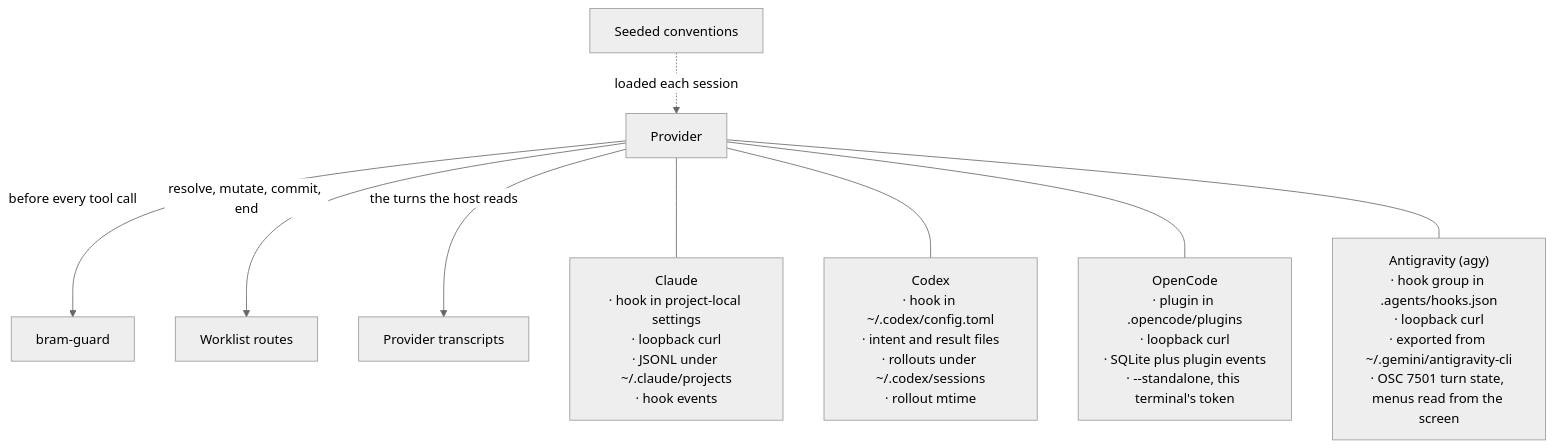
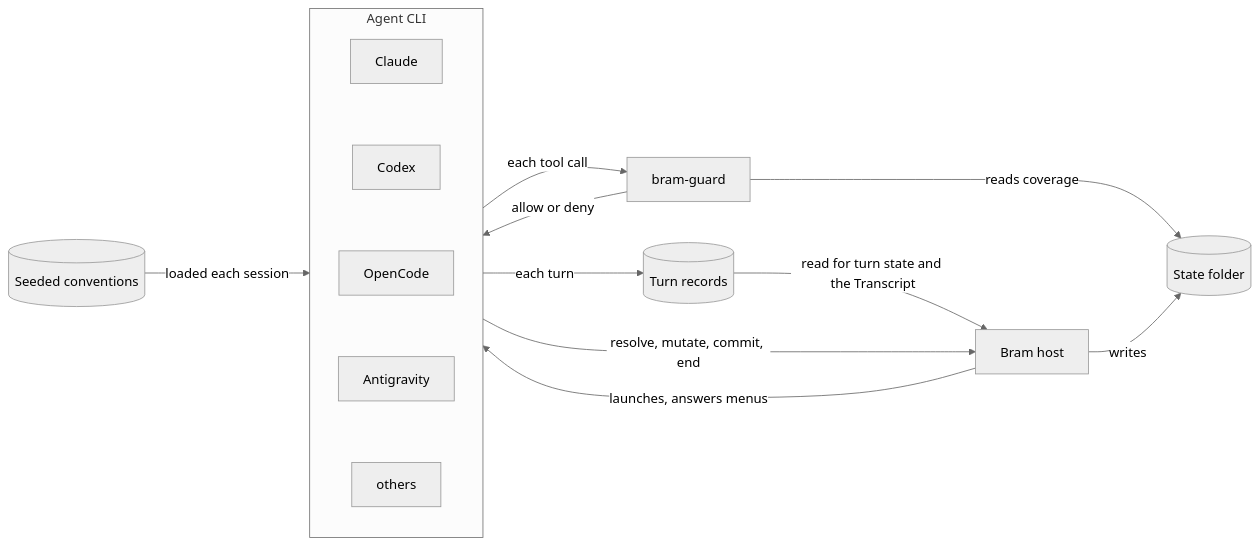
One commit to judell/bram changed the diagram in orientation/architecture/05-providers.mmd. Above: the diagram before and after it, drawn with Mermaid (neutral theme). The commit also changed 2 other files, not shown here.

Commit message:
Orientation site: the providers diagram is a data flow diagram
The providers diagram was a class picture whose multi-line provider
boxes were unreadable and whose remaining boxes and arrows said little.
It is now a data flow diagram: three processes (the Agent CLI, drawn as
a vertical container holding Claude, Codex, OpenCode, Antigravity and
"others"; bram-guard; the Bram host), three stores (seeded conventions,
turn records, the state folder) and nine flows. The four providers
differ only in the channel each flow uses, and each flow's detail lists
the four channels. The note is Jon's: "A provider wraps an agentic CLI.
Each wrapped CLI is influenced by the same set of soft conventions and
hard enforcement."

The detail file was re-keyed to the nineteen labels with every citation
kept (151 links, pinned at e8a38ac0); "others" cites the Cursor row of
the specimen index. Two hover-tip claims the file couldn't cite were
trimmed. Structure check: every drawn label has a section and a tip.

Worklist item: orientation-providers-vertical (Jon redirected it from a
vertical stacking to this redesign). Refs #467.

```diff
--- a/orientation/architecture/05-providers.mmd
+++ b/orientation/architecture/05-providers.mmd
@@ -1,36 +1,45 @@
-flowchart TD
-  conv["Seeded conventions"]
-  provider["Provider"]
+flowchart LR
+  conv[("Seeded conventions")]
+  subgraph cli["Agent CLI"]
+    direction TB
+    claude["Claude"]
+    codex["Codex"]
+    opencode["OpenCode"]
+    antigravity["Antigravity"]
+    others["others"]
+    claude ~~~ codex ~~~ opencode ~~~ antigravity ~~~ others
+  end
   guard["bram-guard"]
-  routes["Worklist routes"]
-  tx["Provider transcripts"]
-  claude["Claude<br/>· hook in project-local settings<br/>· loopback curl<br/>· JSONL under ~/.claude/projects<br/>· hook events"]
-  codex["Codex<br/>· hook in ~/.codex/config.toml<br/>· intent and result files<br/>· rollouts under ~/.codex/sessions<br/>· rollout mtime"]
-  opencode["OpenCode<br/>· plugin in .opencode/plugins<br/>· loopback curl<br/>· SQLite plus plugin events<br/>· --standalone, this terminal's token"]
-  antigravity["Antigravity (agy)<br/>· hook group in .agents/hooks.json<br/>· loopback curl<br/>· exported from ~/.gemini/antigravity-cli<br/>· OSC 7501 turn state, menus read from the screen"]
+  host["Bram host"]
+  tx[("Turn records")]
+  state[("State folder")]
 
-  conv -.->|"loaded each session"| provider
-  provider -->|"before every tool call"| guard
-  provider -->|"resolve, mutate, commit, end"| routes
-  provider -->|"the turns the host reads"| tx
+  conv -->|"loaded each session"| cli
+  host -->|"launches, answers menus"| cli
+  cli -->|"each tool call"| guard
+  guard -->|"allow or deny"| cli
+  guard -->|"reads coverage"| state
+  cli -->|"resolve, mutate, commit, end"| host
+  host -->|"writes"| state
+  cli -->|"each turn"| tx
+  tx -->|"read for turn state and the Transcript"| host
 
-  %% Each concrete provider is a Provider: a plain line, no arrowhead. Adding
-  %% a provider is adding one box on this row.
-  provider --- claude
-  provider --- codex
-  provider --- opencode
-  provider --- antigravity
-
-%% tip: Seeded conventions :: app/__shell/conventions.md, copied into managed projects by Setup. Each provider has its own way of loading it; following it is up to the model (dashed).
-%% tip: Provider :: What every provider does, drawn once: loads the conventions, runs bram-guard before each tool call, reaches the Worklist routes, records turns the host reads. The four boxes below are the providers; each lists only where it differs.
-%% tip: bram-guard :: One Rust binary with four registrations: claude-worklist, codex-worklist, opencode-worklist and antigravity-worklist all reach the same decider.
-%% tip: Worklist routes :: The host's handlers for resolve, mutate, commit and end. Codex reaches them by a different transport but the same handlers.
-%% tip: Provider transcripts :: Where each provider records turns. Bram reads them for turn state and the Transcript tab.
-%% tip: loaded each session :: Dashed: the conventions reach the model as instructions; obeying them is up to the model.
-%% tip: before every tool call :: The guard runs as a hook or plugin before each tool call and can deny it; a deny reaches the model as a tool error.
-%% tip: resolve, mutate, commit, end :: The lifecycle routes every provider's agent calls, by curl or, for Codex, by files the host watches.
-%% tip: the turns the host reads :: Each provider's own record of its turns, which Bram projects into one shape for the Transcript and search.
-%% tip: Claude · hook in project-local settings · loopback curl · JSONL under ~/.claude/projects · hook events :: Claude Code, the claude command. Hook in the ignored .claude/settings.local.json; curl to the routes; one JSONL file per session; its hooks name the session and report turns.
-%% tip: Codex · hook in ~/.codex/config.toml · intent and result files · rollouts under ~/.codex/sessions · rollout mtime :: Codex CLI, launched with --no-daemon. Its sandbox refuses loopback, so it writes .worklist-intent.json and reads .worklist-result.json; the host polls rollout mtime for turn end.
-%% tip: OpenCode · plugin in .opencode/plugins · loopback curl · SQLite plus plugin events · --standalone, this terminal's token :: OpenCode, launched --standalone so its plugin carries this Bram's token; sessions are SQLite rows, and the plugin forwards turn boundaries.
-%% tip: Antigravity (agy) · hook group in .agents/hooks.json · loopback curl · exported from ~/.gemini/antigravity-cli · OSC 7501 turn state, menus read from the screen :: Antigravity CLI, the agy command. Hooks in the project's .agents/hooks.json; turn state from OSC 7501 escape sequences; approval dialogs read from the screen; transcripts projected from agy's own store.
+%% tip: Seeded conventions :: app/__shell/conventions.md and its reference files, copied into the project by Setup. Each provider loads them by its own channel; following them is up to the model.
+%% tip: Claude :: Claude Code, the claude command, launched with a session id Bram reserves.
+%% tip: Codex :: Codex CLI, launched with --no-daemon when its help lists it.
+%% tip: OpenCode :: OpenCode, launched --standalone so its plugin carries this Bram's token.
+%% tip: Antigravity :: Antigravity CLI, the agy command, with AGY_CLI_OSC7501=on so it reports turn state.
+%% tip: others :: Not a provider yet. A fifth one is another wrapped CLI on the same flows; Cursor has a specimen pack.
+%% tip: bram-guard :: One Rust binary with four registrations (claude-worklist, codex-worklist, opencode-worklist, antigravity-worklist), all reaching the same decider.
+%% tip: Bram host :: The Rust process: launches each CLI, serves the loopback routes, reads the turn records, and shows the pane.
+%% tip: Turn records :: Where each provider writes its turns: Claude's JSONL, Codex's rollouts, OpenCode's SQLite and plugin events, agy's store projected by Bram.
+%% tip: State folder :: resources/ (or .bram/ once it exists): the worklist, drafts, the authorization record, the claim, traces.
+%% tip: loaded each session :: CLAUDE.md import; the AGENTS.md block and Codex developer instructions; opencode.json instructions; always-on rules in .agents/rules.
+%% tip: launches, answers menus :: claude with a session id; codex --no-daemon; opencode --standalone so its events carry this Bram's token; agy with AGY_CLI_OSC7501=on; menu hooks, the plugin, or agy's screen-read dialogs.
+%% tip: each tool call :: A hook in .claude/settings.local.json; a hook in ~/.codex/config.toml; the .opencode/plugins plugin; the hook group in .agents/hooks.json.
+%% tip: allow or deny :: The decision goes back as the hook's exit or the plugin's throw; the Antigravity payload is shape-checked and fails closed.
+%% tip: reads coverage :: The guard reads worklist.json and the authorization record from the state folder to decide whether an edit is covered.
+%% tip: resolve, mutate, commit, end :: Loopback curl for Claude, OpenCode and Antigravity; intent and result files for Codex, whose sandbox refuses loopback.
+%% tip: writes :: The host writes the worklist, the authorization record, the claim, the history and the traces.
+%% tip: each turn :: JSONL under ~/.claude/projects; rollouts under ~/.codex/sessions; SQLite plus plugin events; agy's records under ~/.gemini/antigravity-cli, exported by Bram.
+%% tip: read for turn state and the Transcript :: Hook events for Claude; rollout mtime for Codex; plugin events for OpenCode; OSC 7501 state and screen-read menus for Antigravity. All project into one Transcript.
```
